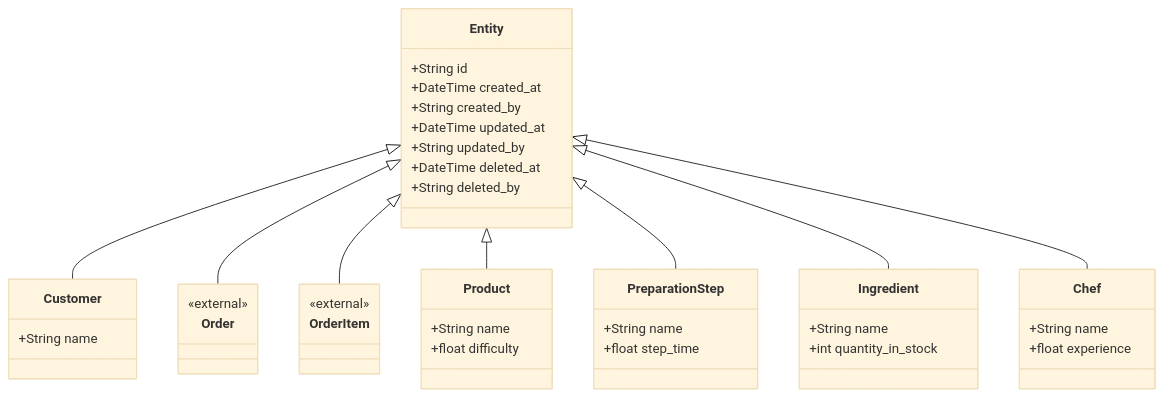
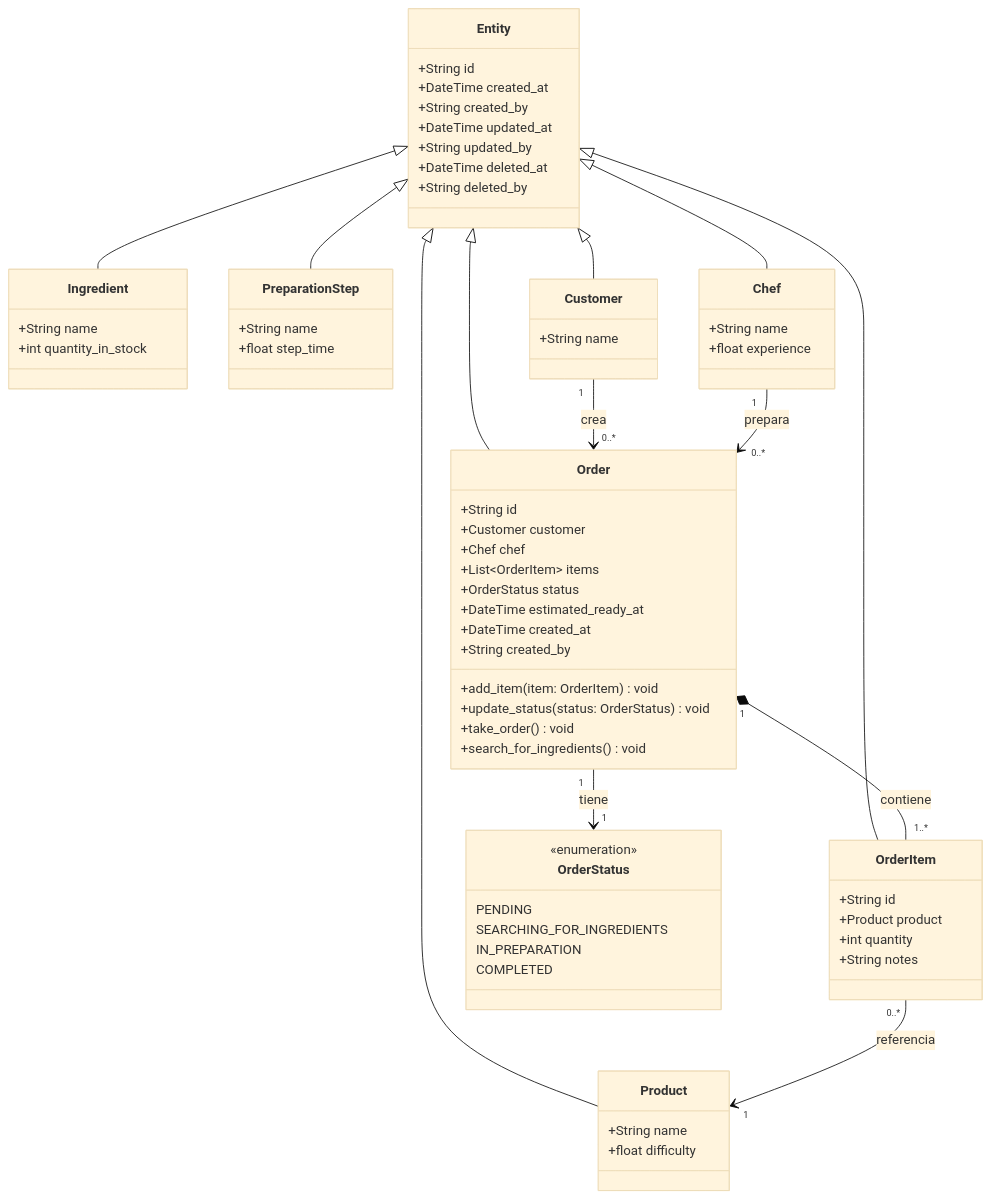
One commit to alexander9306/Kitchen-Simulator changed the diagram in doc/entities.md. Above: the diagram before and after it, drawn with Mermaid (base theme). The commit also changed other lines of this file and 1 other file, not shown here.

Commit message:
Move Order/OrderItem/OrderStatus docs into doc/entities.md

````diff
--- a/doc/entities.md
+++ b/doc/entities.md
@@ -3,50 +3,79 @@
 ```mermaid
 classDiagram
     class Entity {
         +String id
         +DateTime created_at
         +String created_by
         +DateTime updated_at
         +String updated_by
         +DateTime deleted_at
         +String deleted_by
     }
 
     class Order {
-        <<external>>
+        +String id
+        +Customer customer
+        +Chef chef
+        +List~OrderItem~ items
+        +OrderStatus status
+        +DateTime estimated_ready_at
+        +DateTime created_at
+        +String created_by
+        +add_item(item: OrderItem) void
+        +update_status(status: OrderStatus) void
+        +take_order() void
+        +search_for_ingredients() void
     }
+
     class OrderItem {
-        <<external>>
+        +String id
+        +Product product
+        +int quantity
+        +String notes
     }
+
+    class OrderStatus {
+        <<enumeration>>
+        PENDING
+        SEARCHING_FOR_INGREDIENTS
+        IN_PREPARATION
+        COMPLETED
+    }
+
     class Ingredient {
         +String name
         +int quantity_in_stock
     }
 
     class Product {
         +String name
         +float difficulty
     }
 
     class PreparationStep {
         +String name
         +float step_time
     }
 
     class Chef {
         +String name
         +float experience
     }
 
     class Customer {
         +String name
     }
 
     Entity <|-- Customer
     Entity <|-- Order
     Entity <|-- OrderItem
     Entity <|-- Product
     Entity <|-- PreparationStep
     Entity <|-- Ingredient
     Entity <|-- Chef
+    Order "1" *-- "1..*" OrderItem : contiene
+    Order "1" --> "1" OrderStatus : tiene
+    OrderItem "0..*" --> "1" Product : referencia
+    Customer "1" --> "0..*" Order : crea
+    Chef "1" --> "0..*" Order : prepara
 ```
````
